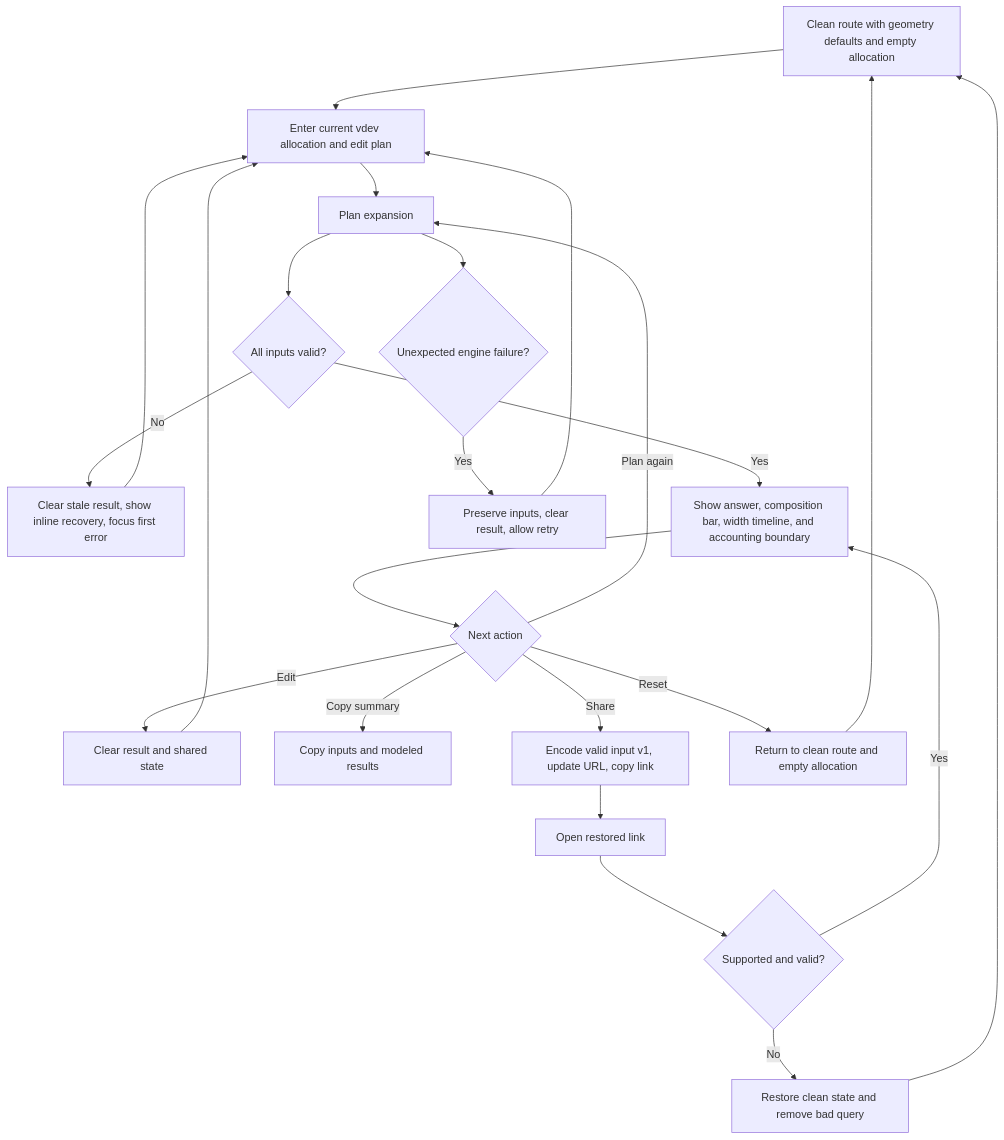
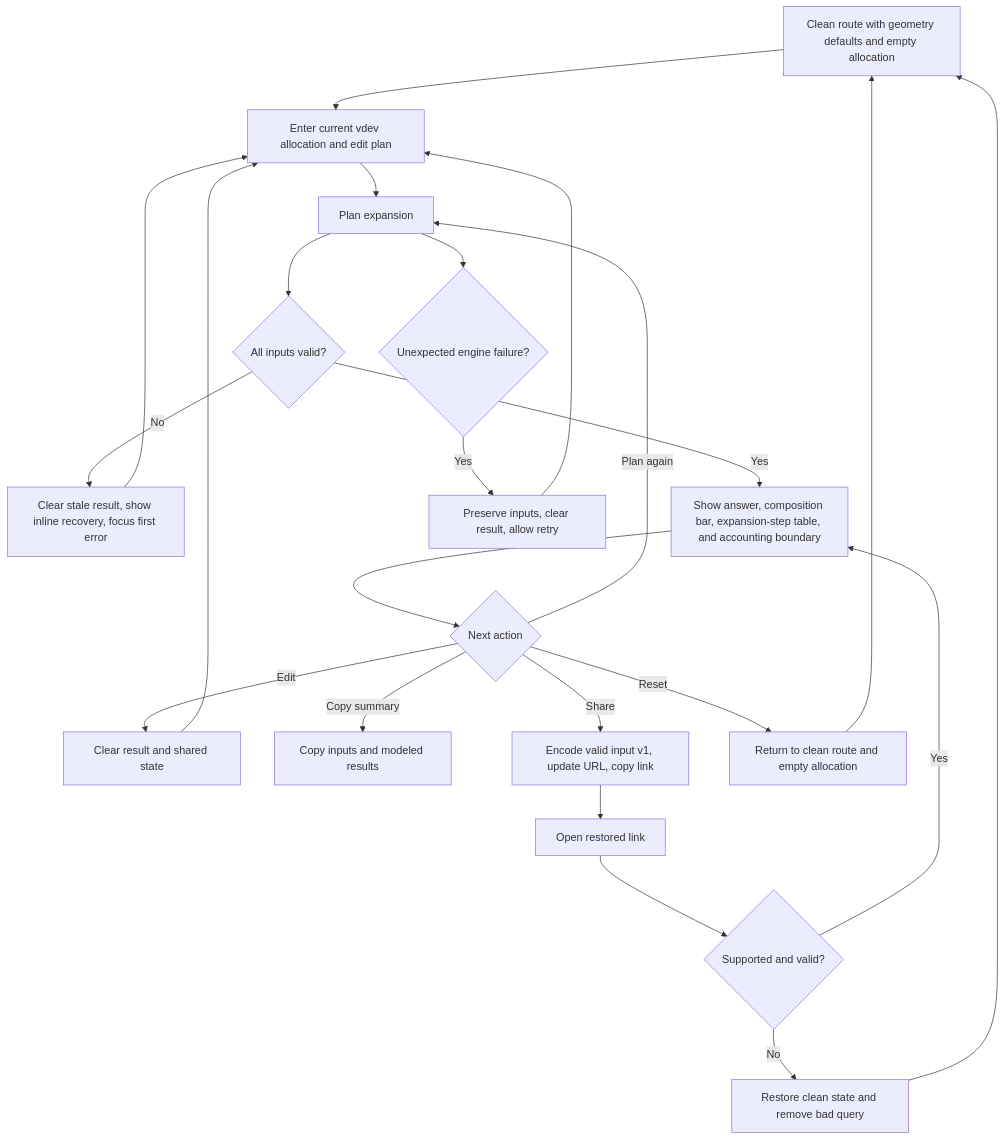
The diagram in content_docs/raidz-expansion-planner/implementation-report.md (stack127labs/stack127), drawn with Mermaid before and after one commit. The commit also changed other lines of this file and 4352 other files, not shown here.

````diff
--- a/content_docs/raidz-expansion-planner/implementation-report.md
+++ b/content_docs/raidz-expansion-planner/implementation-report.md
@@ -156,25 +156,25 @@
 ```mermaid
 flowchart TD
   A["Clean route with geometry defaults and empty allocation"] --> B["Enter current vdev allocation and edit plan"]
   B --> C["Plan expansion"]
   C --> D{"All inputs valid?"}
   D -->|"No"| E["Clear stale result, show inline recovery, focus first error"]
   E --> B
-  D -->|"Yes"| F["Show answer, composition bar, width timeline, and accounting boundary"]
+  D -->|"Yes"| F["Show answer, composition bar, expansion-step table, and accounting boundary"]
   F --> G{"Next action"}
   G -->|"Edit"| H["Clear result and shared state"]
   H --> B
   G -->|"Plan again"| C
   G -->|"Copy summary"| I["Copy inputs and modeled results"]
   G -->|"Share"| J["Encode valid input v1, update URL, copy link"]
   J --> K["Open restored link"]
   K --> L{"Supported and valid?"}
   L -->|"Yes"| F
   L -->|"No"| M["Restore clean state and remove bad query"]
   M --> A
   G -->|"Reset"| N["Return to clean route and empty allocation"]
   N --> A
   C --> O{"Unexpected engine failure?"}
   O -->|"Yes"| P["Preserve inputs, clear result, allow retry"]
   P --> B
 ```
````
